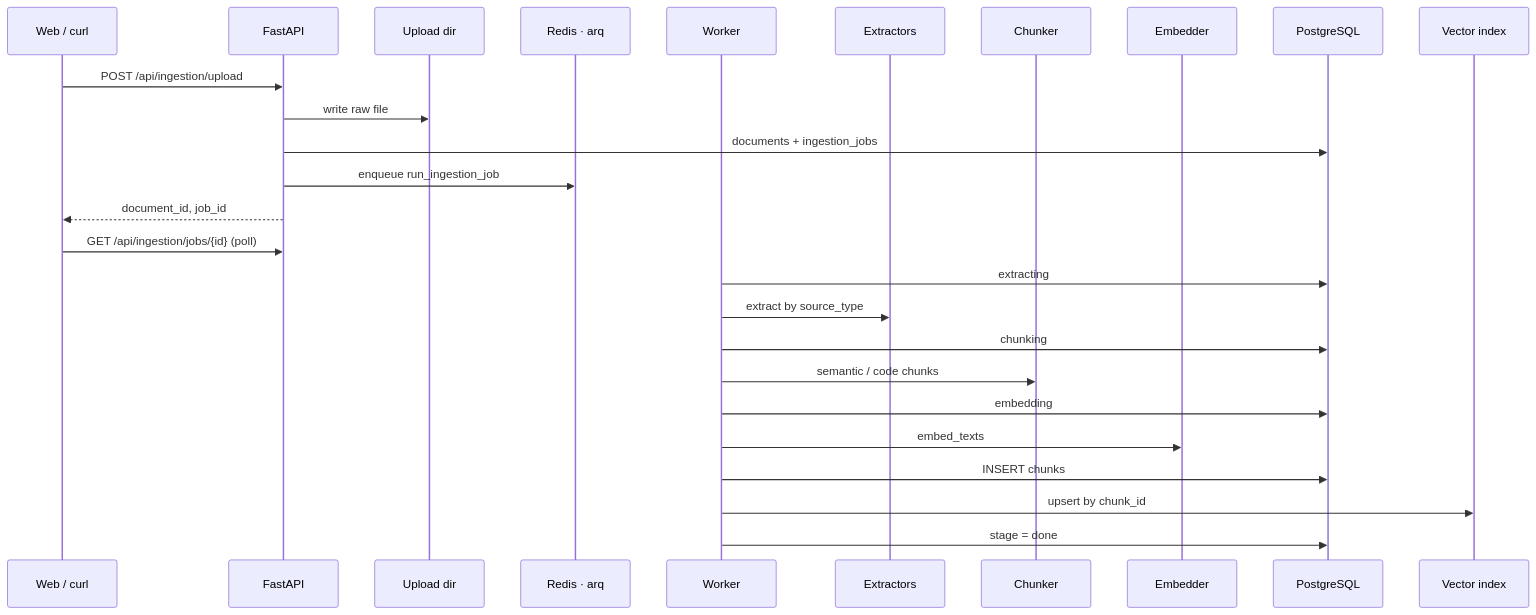
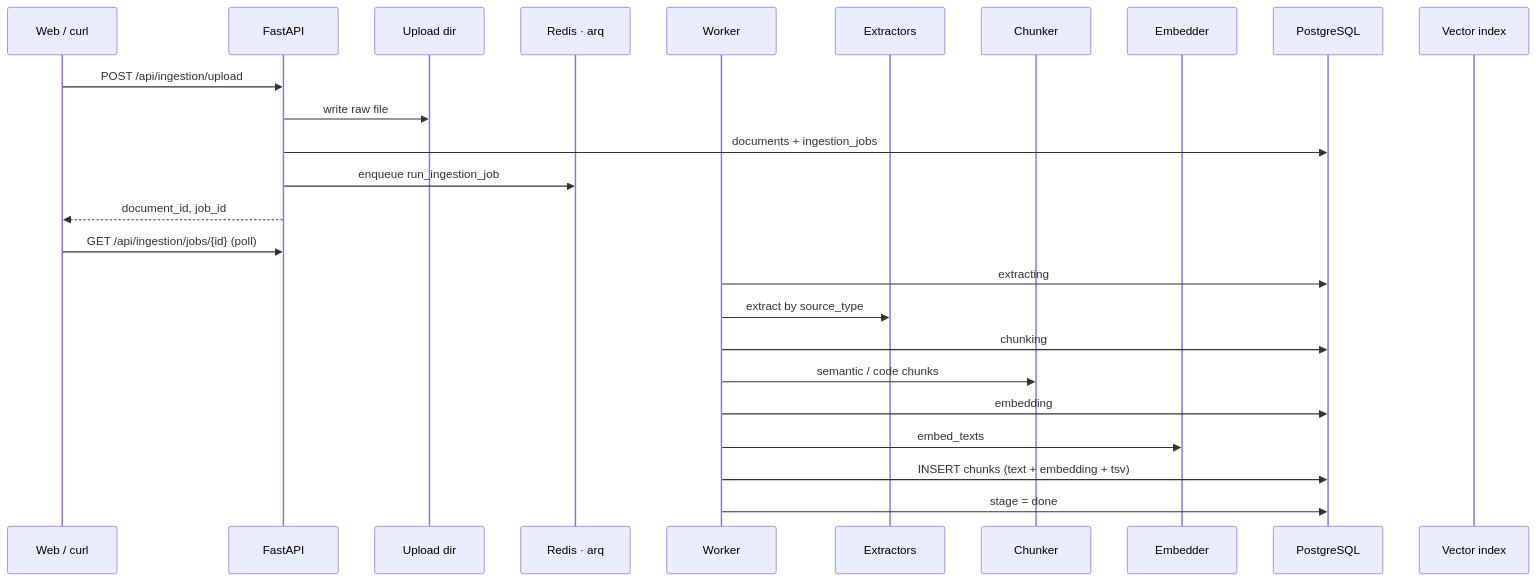
Before and after one commit to AmitxParmar/agentic-knowledge-base: the second of 4 diagrams in README.md, drawn with Mermaid. The commit also changed other lines of this file and 12 other files, not shown here.

````diff
--- a/README.md
+++ b/README.md
@@ -86,29 +86,28 @@
 ```mermaid
 sequenceDiagram
   participant UI as Web / curl
   participant API as FastAPI
   participant FS as Upload dir
   participant Redis as Redis · arq
   participant W as Worker
   participant X as Extractors
   participant C as Chunker
   participant E as Embedder
   participant PG as PostgreSQL
   participant TV as Vector index
 
   UI->>API: POST /api/ingestion/upload
   API->>FS: write raw file
   API->>PG: documents + ingestion_jobs
   API->>Redis: enqueue run_ingestion_job
   API-->>UI: document_id, job_id
   UI->>API: GET /api/ingestion/jobs/{id} (poll)
   W->>PG: extracting
   W->>X: extract by source_type
   W->>PG: chunking
   W->>C: semantic / code chunks
   W->>PG: embedding
   W->>E: embed_texts
-  W->>PG: INSERT chunks
-  W->>TV: upsert by chunk_id
+  W->>PG: INSERT chunks (text + embedding + tsv)
   W->>PG: stage = done
 ```
````
